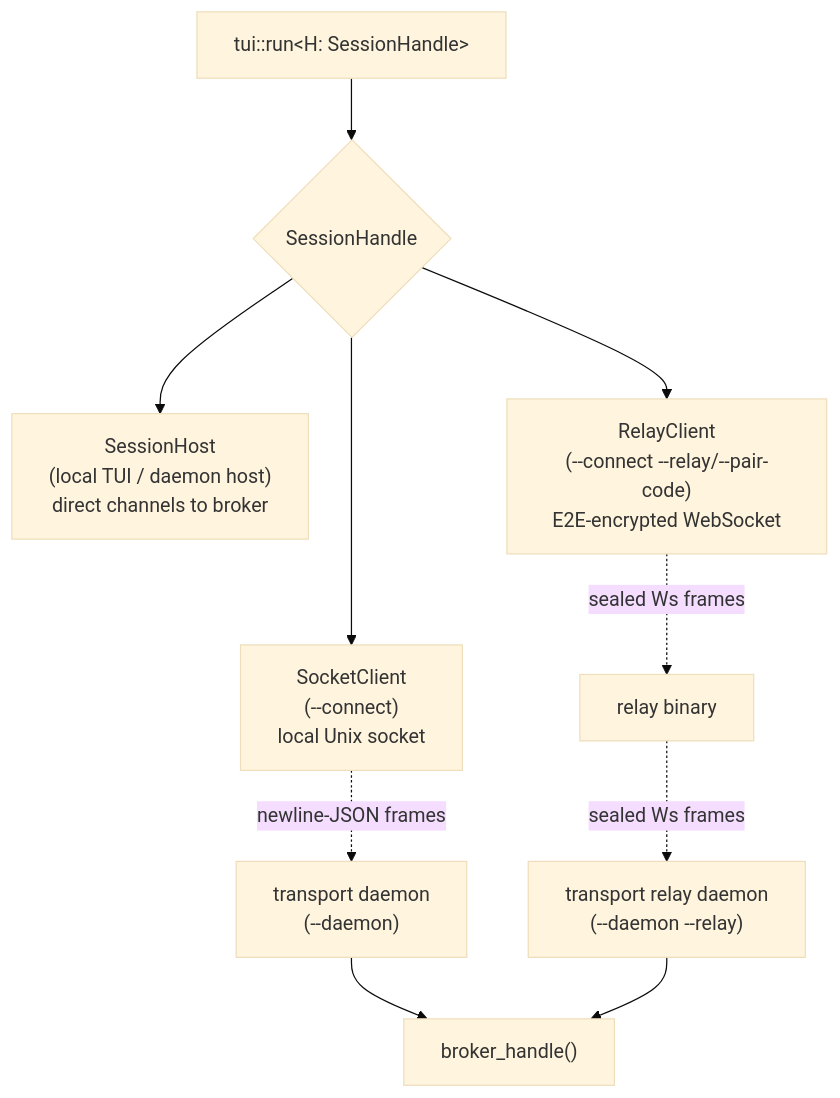
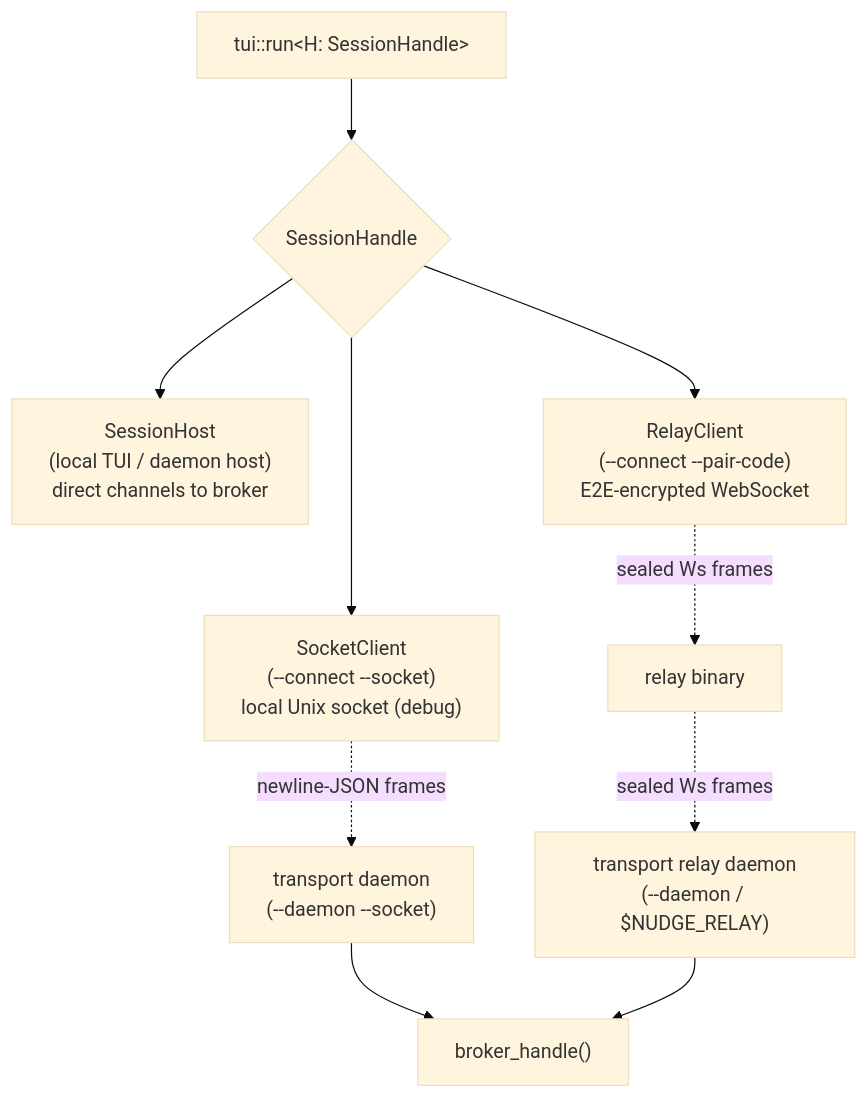
Before and after one commit to nuudge/nudge: the third of 3 diagrams in ARCHITECTURE.md, drawn with Mermaid (base theme). The commit also changed other lines of this file and 10 other files, not shown here.

Commit message:
feature: default to relay handoff, local unix handoff left for debugging. Drop key connect options

````diff
--- a/ARCHITECTURE.md
+++ b/ARCHITECTURE.md
@@ -94,16 +94,16 @@
 ```mermaid
 graph TD
   tuirun["tui::run&lt;H: SessionHandle&gt;"]
 
   tuirun --> sh{SessionHandle}
 
   sh --> inproc["SessionHost<br/>(local TUI / daemon host)<br/>direct channels to broker"]
-  sh --> sock["SocketClient<br/>(--connect)<br/>local Unix socket"]
-  sh --> relayc["RelayClient<br/>(--connect --relay/--pair-code)<br/>E2E-encrypted WebSocket"]
+  sh --> sock["SocketClient<br/>(--connect --socket)<br/>local Unix socket (debug)"]
+  sh --> relayc["RelayClient<br/>(--connect --pair-code)<br/>E2E-encrypted WebSocket"]
 
-  sock -. "newline-JSON frames" .-> daemon["transport daemon<br/>(--daemon)"]
+  sock -. "newline-JSON frames" .-> daemon["transport daemon<br/>(--daemon --socket)"]
   relayc -. "sealed Ws frames" .-> relaybox["relay binary"]
-  relaybox -. "sealed Ws frames" .-> daemonr["transport relay daemon<br/>(--daemon --relay)"]
+  relaybox -. "sealed Ws frames" .-> daemonr["transport relay daemon<br/>(--daemon / $NUDGE_RELAY)"]
   daemon --> brokerd["broker_handle()"]
   daemonr --> brokerd
 ```
````
